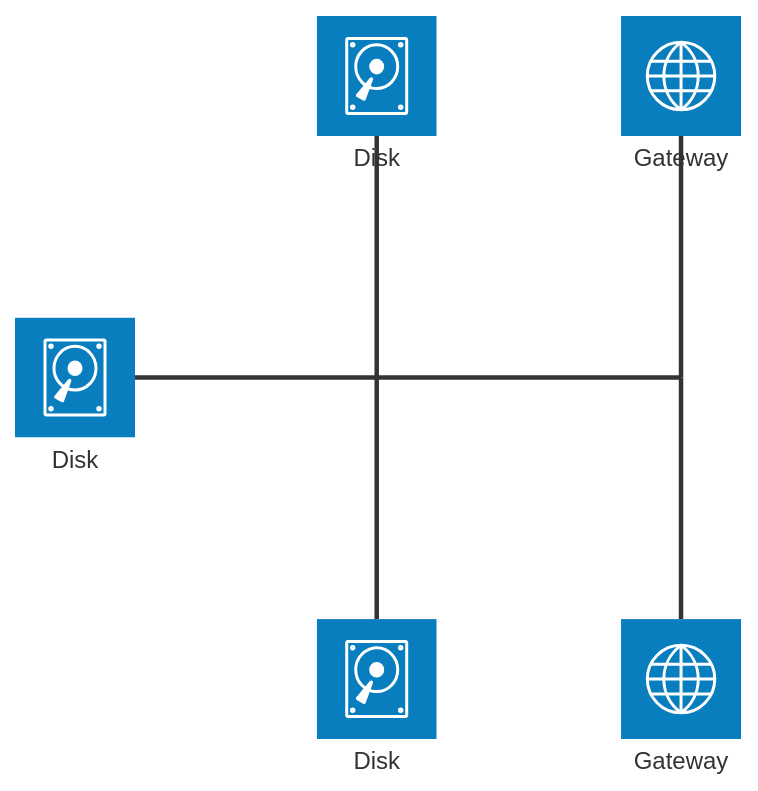
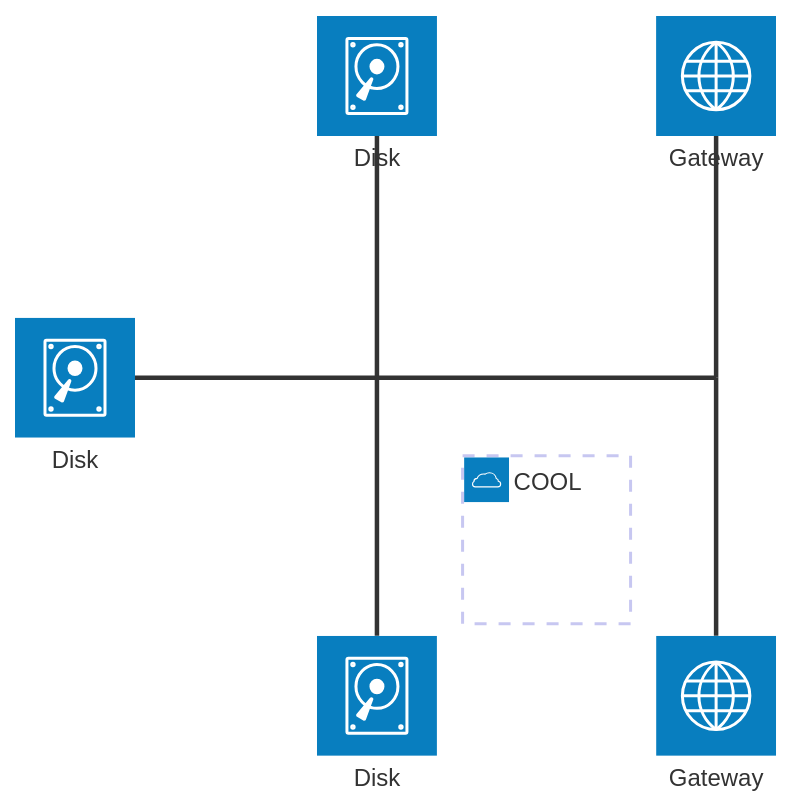
Before and after one commit to selimacerbas/playground: the fourth of 6 diagrams in mermaid/architecture-beta.md, drawn with Mermaid. The commit also changed other lines of this file and 10 other files, not shown here.

````diff
--- a/mermaid/architecture-beta.md
+++ b/mermaid/architecture-beta.md
@@ -43,18 +36,20 @@
 ```mermaid
 architecture-beta
+group cool(cloud)[COOL]
 service left_disk(disk)[Disk]
 service top_disk(disk)[Disk]
 service bottom_disk(disk)[Disk]
 service top_gateway(internet)[Gateway]
 service bottom_gateway(internet)[Gateway]
 junction junctionCenter
 junction junctionRight
 
 left_disk:R -- L:junctionCenter
 top_disk:B -- T:junctionCenter
+
 bottom_disk:T -- B:junctionCenter
 junctionCenter:R -- L:junctionRight
 top_gateway:B -- T:junctionRight
 bottom_gateway:T -- B:junctionRight
 
 ```
````
